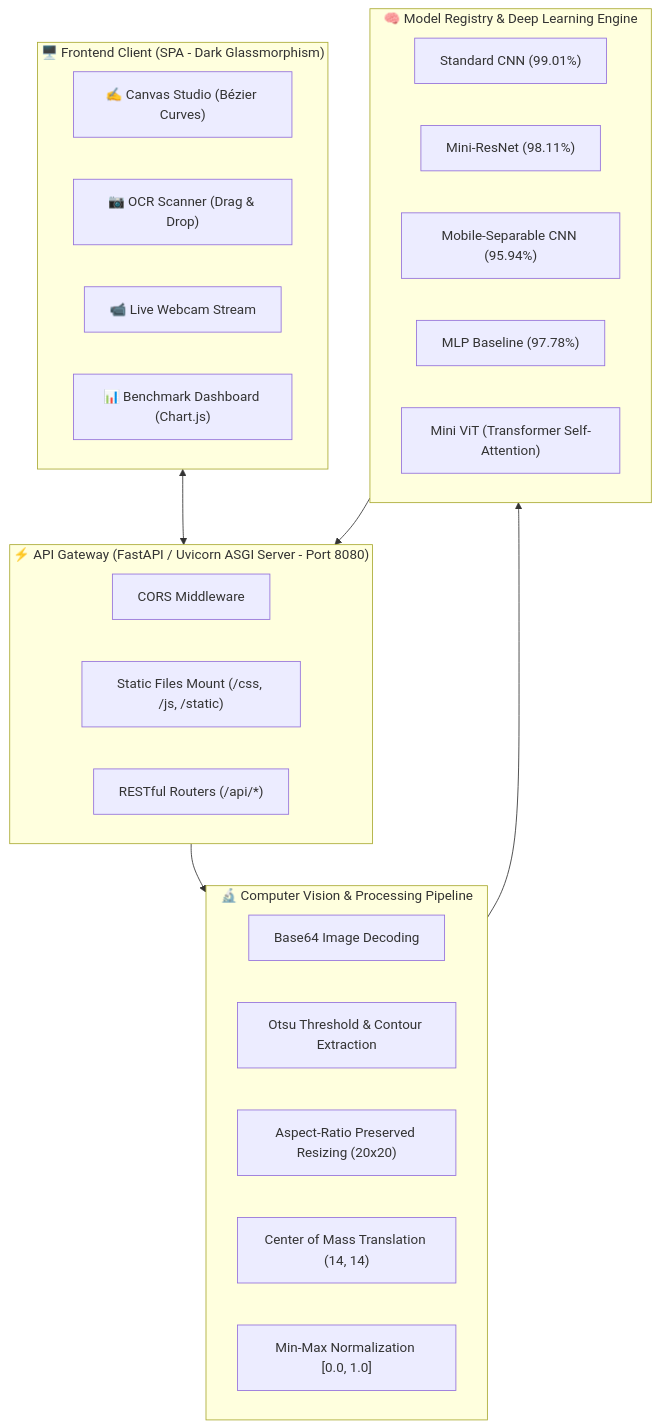
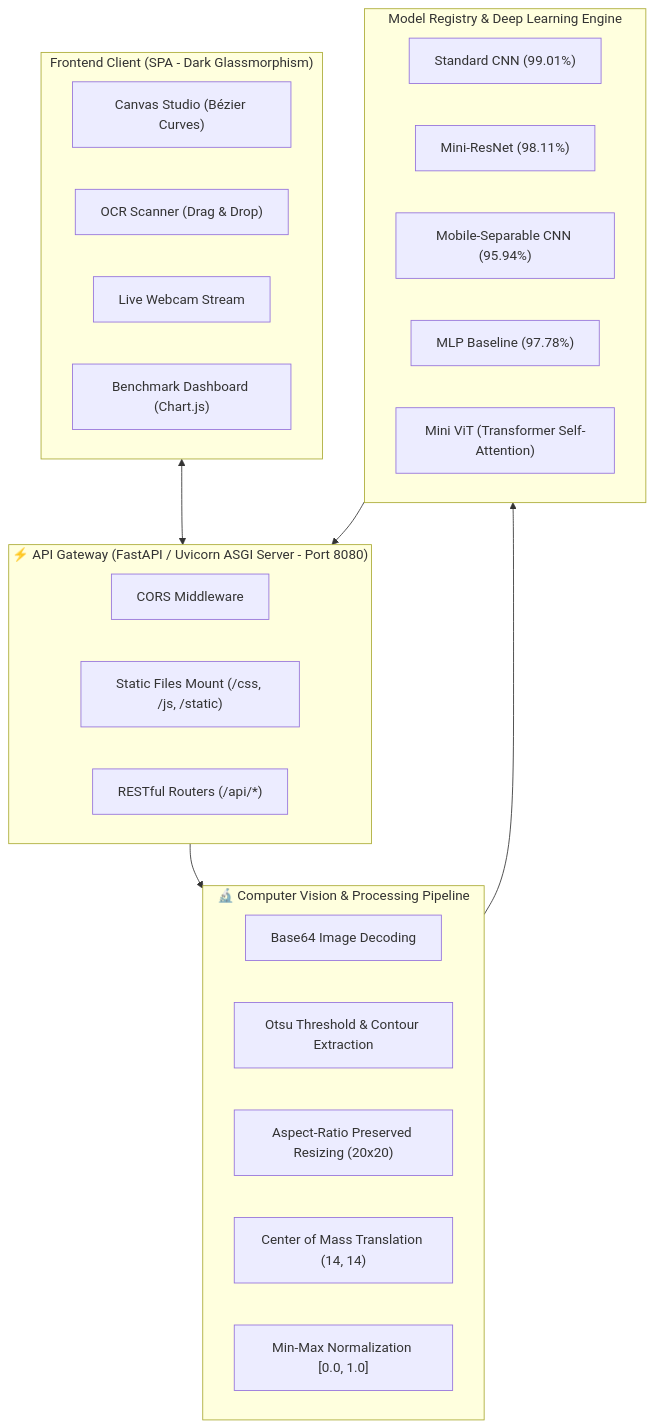
The diagram in README.md (zudoan/handwritten-digit-recognition-ocr), drawn with Mermaid before and after one commit. The commit also changed other lines of this file, not shown here.

````diff
--- a/README.md
+++ b/README.md
@@ -93,36 +93,36 @@
 ```mermaid
 flowchart TB
-    subgraph ClientLayer["🖥️ Frontend Client (SPA - Dark Glassmorphism)"]
-        UI1["✍️ Canvas Studio (Bézier Curves)"]
-        UI2["📷 OCR Scanner (Drag & Drop)"]
-        UI3["📹 Live Webcam Stream"]
-        UI4["📊 Benchmark Dashboard (Chart.js)"]
+    subgraph ClientLayer[" Frontend Client (SPA - Dark Glassmorphism)"]
+        UI1[" Canvas Studio (Bézier Curves)"]
+        UI2[" OCR Scanner (Drag & Drop)"]
+        UI3[" Live Webcam Stream"]
+        UI4[" Benchmark Dashboard (Chart.js)"]
     end
 
     subgraph Gateway["⚡ API Gateway (FastAPI / Uvicorn ASGI Server - Port 8080)"]
         CORS["CORS Middleware"]
         Static["Static Files Mount (/css, /js, /static)"]
         Router["RESTful Routers (/api/*)"]
     end
 
     subgraph Pipeline["🔬 Computer Vision & Processing Pipeline"]
         CV1["Base64 Image Decoding"]
         CV2["Otsu Threshold & Contour Extraction"]
         CV3["Aspect-Ratio Preserved Resizing (20x20)"]
         CV4["Center of Mass Translation (14, 14)"]
         CV5["Min-Max Normalization [0.0, 1.0]"]
     end
 
-    subgraph InferenceEngine["🧠 Model Registry & Deep Learning Engine"]
+    subgraph InferenceEngine[" Model Registry & Deep Learning Engine"]
         M1["Standard CNN (99.01%)"]
         M2["Mini-ResNet (98.11%)"]
         M3["Mobile-Separable CNN (95.94%)"]
         M4["MLP Baseline (97.78%)"]
         M5["Mini ViT (Transformer Self-Attention)"]
     end
 
     ClientLayer <--> Gateway
     Gateway --> Pipeline
     Pipeline --> InferenceEngine
     InferenceEngine --> Gateway
 ```
````
